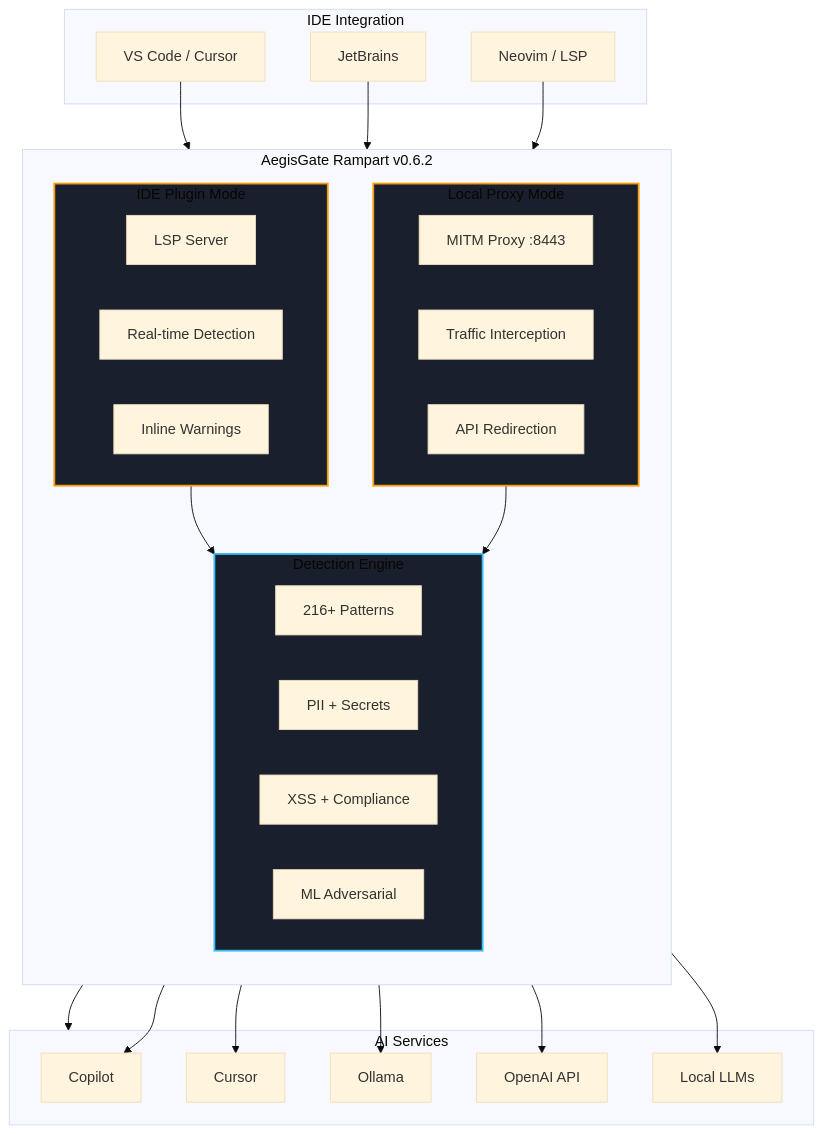
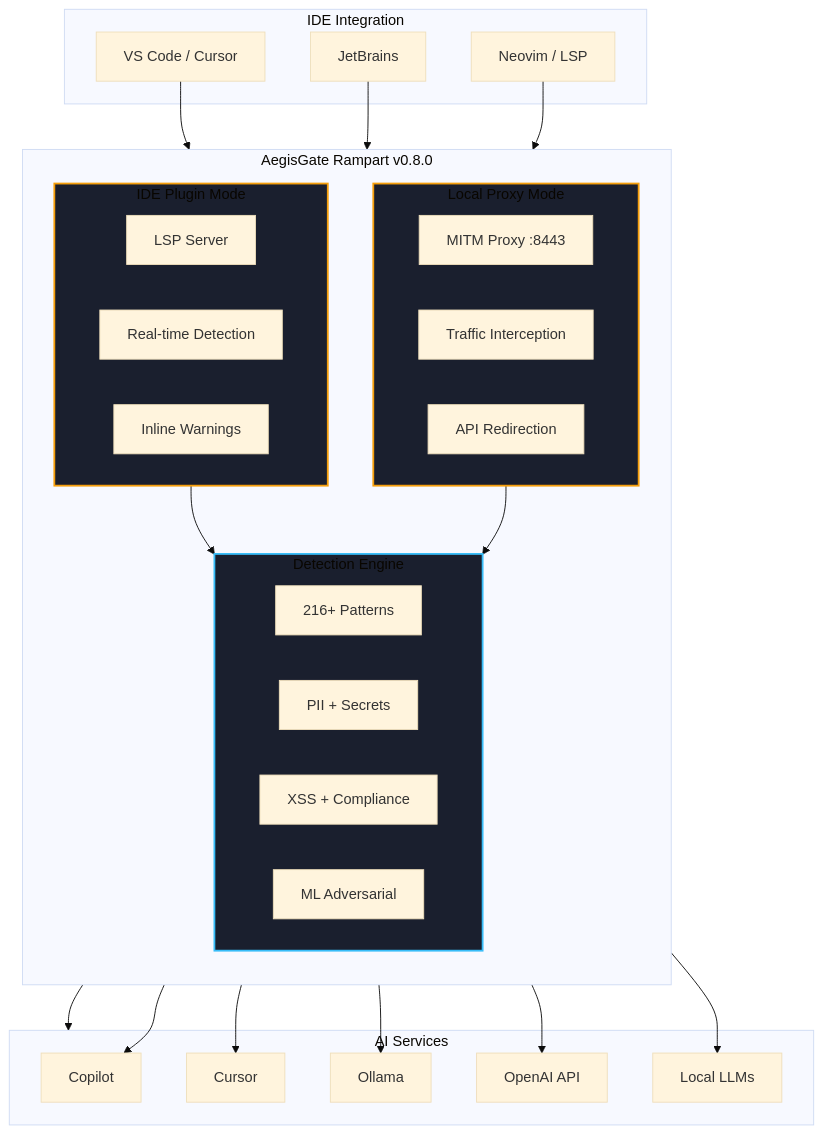
Before and after one commit to aegisgatesecurity/aegisgate-site: the first of 3 diagrams in content/rampart/_index.md, drawn with Mermaid (base theme). The commit also changed other lines of this file and 9 other files, not shown here.

```diff
--- a/content/rampart/_index.md
+++ b/content/rampart/_index.md
@@ -77,57 +77,57 @@
 {{< mermaid >}}
 flowchart TD
     subgraph IDE["IDE Integration"]
         VS[VS Code / Cursor]
         JB[JetBrains]
         NV[Neovim / LSP]
     end
 
-    subgraph Rampart["AegisGate Rampart v0.6.2"]
+    subgraph Rampart["AegisGate Rampart v0.8.0"]
         direction TB
         
         subgraph PluginMode["IDE Plugin Mode"]
             PM1[LSP Server]
             PM2[Real-time Detection]
             PM3[Inline Warnings]
         end
         
         subgraph ProxyMode["Local Proxy Mode"]
             PX1[MITM Proxy :8443]
             PX2[Traffic Interception]
             PX3[API Redirection]
         end
         
         subgraph Engine["Detection Engine"]
             E1[216+ Patterns]
             E2[PII + Secrets]
             E3[XSS + Compliance]
             E4[ML Adversarial]
         end
     end
 
     subgraph AI["AI Services"]
         A[Copilot]
         B[Cursor]
         C[Ollama]
         D[OpenAI API]
         E[Local LLMs]
     end
 
     VS --> PluginMode
     JB --> PluginMode
     NV --> PluginMode
     
     PluginMode --> Engine
     ProxyMode --> Engine
     
     PluginMode --> AI
     ProxyMode --> A
     ProxyMode --> B
     ProxyMode --> C
     ProxyMode --> D
     ProxyMode --> E
 
     style PluginMode fill:#1a1f2e,stroke:#f59e0b,stroke-width:2px
     style ProxyMode fill:#1a1f2e,stroke:#f59e0b,stroke-width:2px
     style Engine fill:#1a1f2e,stroke:#38bdf8,stroke-width:2px
 {{< /mermaid >}}
```
